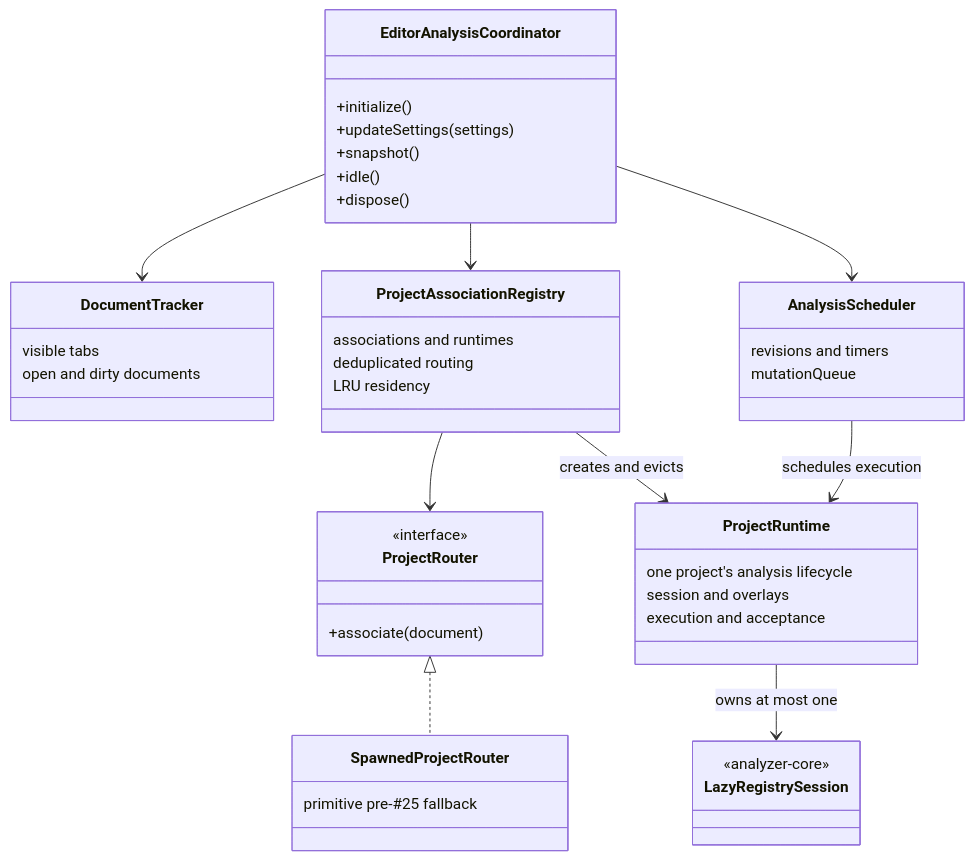
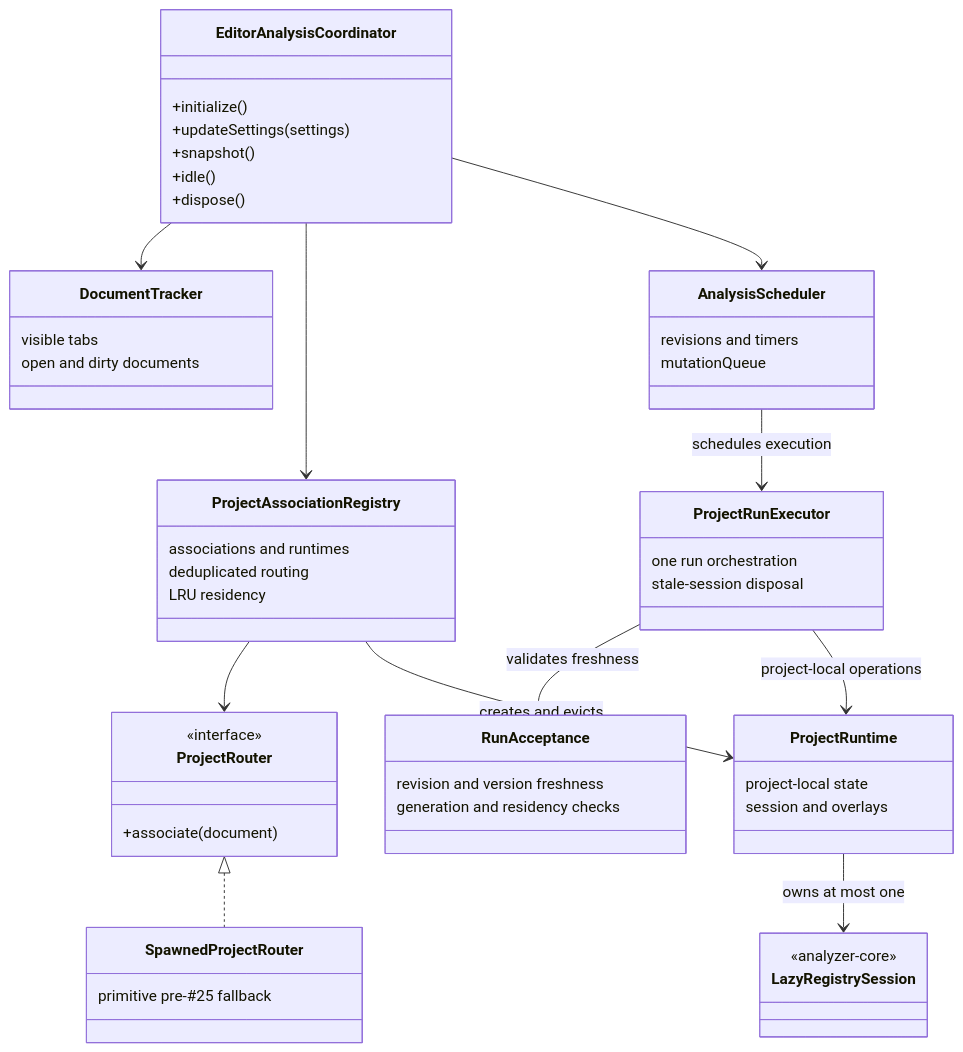
One commit to shining-mind/ts7-lit-analyzer changed the diagram in packages/vscode-extension/README.md. Above: the diagram before and after it, drawn with Mermaid. The commit also changed 6 other files, not shown here.

First line of the commit message:
refactor(vscode-extension): separate run acceptance policy

````diff
--- a/packages/vscode-extension/README.md
+++ b/packages/vscode-extension/README.md
@@ -11,47 +11,56 @@
 ```mermaid
 classDiagram
   class EditorAnalysisCoordinator {
     +initialize()
     +updateSettings(settings)
     +snapshot()
     +idle()
     +dispose()
   }
   class DocumentTracker {
     visible tabs
     open and dirty documents
   }
   class ProjectAssociationRegistry {
     associations and runtimes
     deduplicated routing
     LRU residency
   }
   class AnalysisScheduler {
     revisions and timers
     mutationQueue
   }
+  class ProjectRunExecutor {
+    one run orchestration
+    stale-session disposal
+  }
+  class RunAcceptance {
+    revision and version freshness
+    generation and residency checks
+  }
   class ProjectRuntime {
-    one project's analysis lifecycle
+    project-local state
     session and overlays
-    execution and acceptance
   }
   class ProjectRouter {
     <<interface>>
     +associate(document)
   }
   class SpawnedProjectRouter {
     primitive pre-#25 fallback
   }
   class LazyRegistrySession {
     <<analyzer-core>>
   }
 
   EditorAnalysisCoordinator --> DocumentTracker
   EditorAnalysisCoordinator --> ProjectAssociationRegistry
   EditorAnalysisCoordinator --> AnalysisScheduler
   ProjectAssociationRegistry --> ProjectRouter
   ProjectAssociationRegistry --> ProjectRuntime : creates and evicts
-  AnalysisScheduler --> ProjectRuntime : schedules execution
+  AnalysisScheduler --> ProjectRunExecutor : schedules execution
+  ProjectRunExecutor --> RunAcceptance : validates freshness
+  ProjectRunExecutor --> ProjectRuntime : project-local operations
   ProjectRuntime --> LazyRegistrySession : owns at most one
   ProjectRouter <|.. SpawnedProjectRouter
 ```
````
